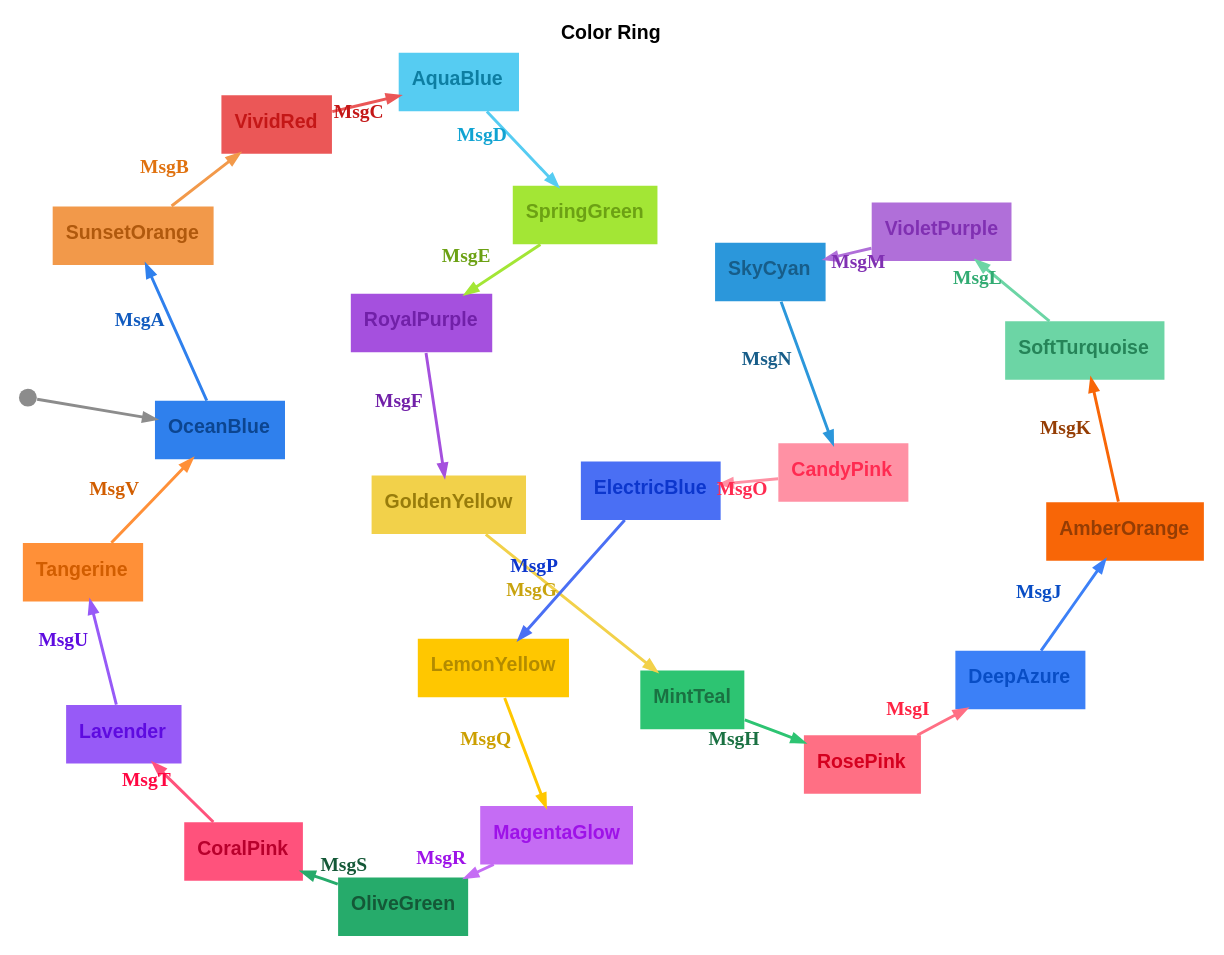
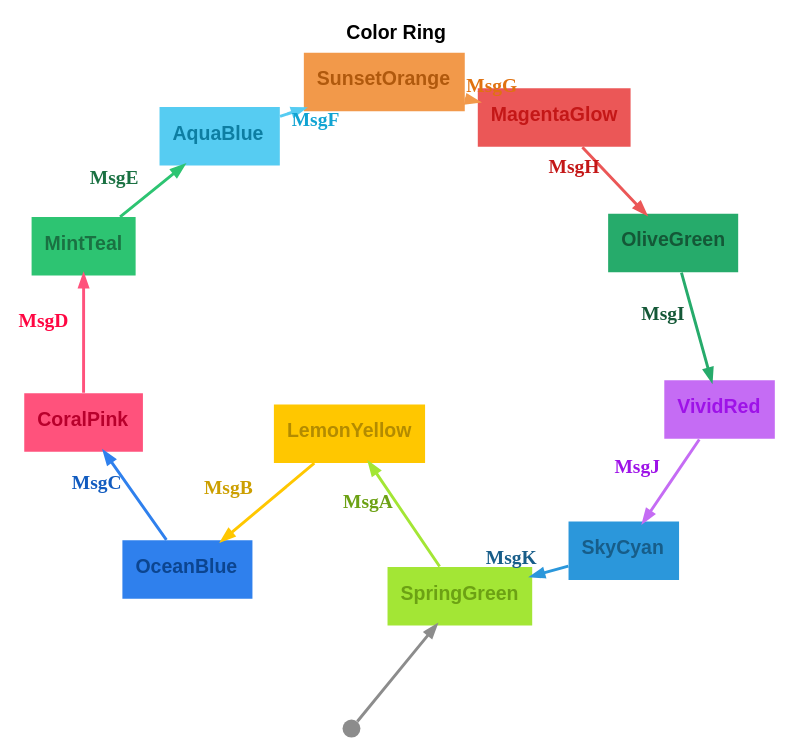
One commit to m-bock/purescript-transit changed the diagram in graphs/color-ring.dot. Above: the diagram before and after it, drawn with Graphviz. The commit also changed 17 other files, not shown here.

```diff
--- a/graphs/color-ring.dot
+++ b/graphs/color-ring.dot
@@ -1,51 +1,29 @@
 digraph 
 {
 rankdir = "TD";fontname = "Arial";label = <<b>Color Ring</b>>;labelloc = "t";fontsize = 12;bgcolor = "#ffffff"
 graph [layout=sfdp;overlap=false, K=2.5, repulsiveforce=4, splines=true];
+SpringGreen [shape = "box", label = <<b>SpringGreen</b>>, fontsize = 12, style = "filled", fillcolor = "#a3e635", fontcolor = "#6ca114", fontname = "Arial", labelloc = "c", penwidth = 0.0]
+__Start__ [shape = "circle", label = "", width = 0.15, height = 0.15, fixedsize = true, style = "filled", fillcolor = "#8c8c8c", penwidth = 0.0]
+__Start__ -> SpringGreen [color = "#8c8c8c", fontsize = 12, arrowsize = "0.7", penwidth = 1.8]
+SpringGreen -> LemonYellow [color = "#a3e635", fontcolor = "#6ca114", fontsize = 12, arrowsize = "0.7", label = <<b>MsgA</b>>, penwidth = 1.8]
+LemonYellow [shape = "box", label = <<b>LemonYellow</b>>, fontsize = 12, style = "filled", fillcolor = "#ffc700", fontcolor = "#b38b00", fontname = "Arial", labelloc = "c", penwidth = 0.0]
+LemonYellow -> OceanBlue [color = "#ffc700", fontcolor = "#cc9f00", fontsize = 12, arrowsize = "0.7", label = <<b>MsgB</b>>, penwidth = 1.8]
 OceanBlue [shape = "box", label = <<b>OceanBlue</b>>, fontsize = 12, style = "filled", fillcolor = "#2f80ed", fontcolor = "#0c4590", fontname = "Arial", labelloc = "c", penwidth = 0.0]
-__Start__ [shape = "circle", label = "", width = 0.15, height = 0.15, fixedsize = true, style = "filled", fillcolor = "#8c8c8c", penwidth = 0.0]
-__Start__ -> OceanBlue [color = "#8c8c8c", fontsize = 12, arrowsize = "0.7", penwidth = 1.8]
-OceanBlue -> SunsetOrange [color = "#2f80ed", fontcolor = "#115bbf", fontsize = 12, arrowsize = "0.7", label = <<b>MsgA</b>>, penwidth = 1.8]
+OceanBlue -> CoralPink [color = "#2f80ed", fontcolor = "#115bbf", fontsize = 12, arrowsize = "0.7", label = <<b>MsgC</b>>, penwidth = 1.8]
+CoralPink [shape = "box", label = <<b>CoralPink</b>>, fontsize = 12, style = "filled", fillcolor = "#ff527c", fontcolor = "#b8002c", fontname = "Arial", labelloc = "c", penwidth = 0.0]
+CoralPink -> MintTeal [color = "#ff527c", fontcolor = "#ff0642", fontsize = 12, arrowsize = "0.7", label = <<b>MsgD</b>>, penwidth = 1.8]
+MintTeal [shape = "box", label = <<b>MintTeal</b>>, fontsize = 12, style = "filled", fillcolor = "#2dc472", fontcolor = "#1a7142", fontname = "Arial", labelloc = "c", penwidth = 0.0]
+MintTeal -> AquaBlue [color = "#2dc472", fontcolor = "#1a7142", fontsize = 12, arrowsize = "0.7", label = <<b>MsgE</b>>, penwidth = 1.8]
+AquaBlue [shape = "box", label = <<b>AquaBlue</b>>, fontsize = 12, style = "filled", fillcolor = "#56ccf2", fontcolor = "#0d7ea2", fontname = "Arial", labelloc = "c", penwidth = 0.0]
+AquaBlue -> SunsetOrange [color = "#56ccf2", fontcolor = "#10a3d2", fontsize = 12, arrowsize = "0.7", label = <<b>MsgF</b>>, penwidth = 1.8]
 SunsetOrange [shape = "box", label = <<b>SunsetOrange</b>>, fontsize = 12, style = "filled", fillcolor = "#f2994a", fontcolor = "#b0590d", fontname = "Arial", labelloc = "c", penwidth = 0.0]
-SunsetOrange -> VividRed [color = "#f2994a", fontcolor = "#e07210", fontsize = 12, arrowsize = "0.7", label = <<b>MsgB</b>>, penwidth = 1.8]
-VividRed [shape = "box", label = <<b>VividRed</b>>, fontsize = 12, style = "filled", fillcolor = "#eb5757", fontcolor = "#c41717", fontname = "Arial", labelloc = "c", penwidth = 0.0]
-VividRed -> AquaBlue [color = "#eb5757", fontcolor = "#c41717", fontsize = 12, arrowsize = "0.7", label = <<b>MsgC</b>>, penwidth = 1.8]
-AquaBlue [shape = "box", label = <<b>AquaBlue</b>>, fontsize = 12, style = "filled", fillcolor = "#56ccf2", fontcolor = "#0d7ea2", fontname = "Arial", labelloc = "c", penwidth = 0.0]
-AquaBlue -> SpringGreen [color = "#56ccf2", fontcolor = "#10a3d2", fontsize = 12, arrowsize = "0.7", label = <<b>MsgD</b>>, penwidth = 1.8]
-SpringGreen [shape = "box", label = <<b>SpringGreen</b>>, fontsize = 12, style = "filled", fillcolor = "#a3e635", fontcolor = "#6ca114", fontname = "Arial", labelloc = "c", penwidth = 0.0]
-SpringGreen -> RoyalPurple [color = "#a3e635", fontcolor = "#6ca114", fontsize = 12, arrowsize = "0.7", label = <<b>MsgE</b>>, penwidth = 1.8]
-RoyalPurple [shape = "box", label = <<b>RoyalPurple</b>>, fontsize = 12, style = "filled", fillcolor = "#a550de", fontcolor = "#7120a8", fontname = "Arial", labelloc = "c", penwidth = 0.0]
-RoyalPurple -> GoldenYellow [color = "#a550de", fontcolor = "#7120a8", fontsize = 12, arrowsize = "0.7", label = <<b>MsgF</b>>, penwidth = 1.8]
-GoldenYellow [shape = "box", label = <<b>GoldenYellow</b>>, fontsize = 12, style = "filled", fillcolor = "#f2d14a", fontcolor = "#987c0b", fontname = "Arial", labelloc = "c", penwidth = 0.0]
-GoldenYellow -> MintTeal [color = "#f2d14a", fontcolor = "#c8a30e", fontsize = 12, arrowsize = "0.7", label = <<b>MsgG</b>>, penwidth = 1.8]
-MintTeal [shape = "box", label = <<b>MintTeal</b>>, fontsize = 12, style = "filled", fillcolor = "#2dc472", fontcolor = "#1a7142", fontname = "Arial", labelloc = "c", penwidth = 0.0]
-MintTeal -> RosePink [color = "#2dc472", fontcolor = "#1a7142", fontsize = 12, arrowsize = "0.7", label = <<b>MsgH</b>>, penwidth = 1.8]
-RosePink [shape = "box", label = <<b>RosePink</b>>, fontsize = 12, style = "filled", fillcolor = "#ff6f84", fontcolor = "#d5001f", fontname = "Arial", labelloc = "c", penwidth = 0.0]
-RosePink -> DeepAzure [color = "#ff6f84", fontcolor = "#ff2343", fontsize = 12, arrowsize = "0.7", label = <<b>MsgI</b>>, penwidth = 1.8]
-DeepAzure [shape = "box", label = <<b>DeepAzure</b>>, fontsize = 12, style = "filled", fillcolor = "#3c80f7", fontcolor = "#084dc5", fontname = "Arial", labelloc = "c", penwidth = 0.0]
-DeepAzure -> AmberOrange [color = "#3c80f7", fontcolor = "#084dc5", fontsize = 12, arrowsize = "0.7", label = <<b>MsgJ</b>>, penwidth = 1.8]
-AmberOrange [shape = "box", label = <<b>AmberOrange</b>>, fontsize = 12, style = "filled", fillcolor = "#f86607", fontcolor = "#953d04", fontname = "Arial", labelloc = "c", penwidth = 0.0]
-AmberOrange -> SoftTurquoise [color = "#f86607", fontcolor = "#953d04", fontsize = 12, arrowsize = "0.7", label = <<b>MsgK</b>>, penwidth = 1.8]
-SoftTurquoise [shape = "box", label = <<b>SoftTurquoise</b>>, fontsize = 12, style = "filled", fillcolor = "#6cd5a5", fontcolor = "#258458", fontname = "Arial", labelloc = "c", penwidth = 0.0]
-SoftTurquoise -> VioletPurple [color = "#6cd5a5", fontcolor = "#31ab72", fontsize = 12, arrowsize = "0.7", label = <<b>MsgL</b>>, penwidth = 1.8]
-VioletPurple [shape = "box", label = <<b>VioletPurple</b>>, fontsize = 12, style = "filled", fillcolor = "#b06fd9", fontcolor = "#8030b2", fontname = "Arial", labelloc = "c", penwidth = 0.0]
-VioletPurple -> SkyCyan [color = "#b06fd9", fontcolor = "#8030b2", fontsize = 12, arrowsize = "0.7", label = <<b>MsgM</b>>, penwidth = 1.8]
+SunsetOrange -> MagentaGlow [color = "#f2994a", fontcolor = "#e07210", fontsize = 12, arrowsize = "0.7", label = <<b>MsgG</b>>, penwidth = 1.8]
+MagentaGlow [shape = "box", label = <<b>MagentaGlow</b>>, fontsize = 12, style = "filled", fillcolor = "#eb5757", fontcolor = "#c41717", fontname = "Arial", labelloc = "c", penwidth = 0.0]
+MagentaGlow -> OliveGreen [color = "#eb5757", fontcolor = "#c41717", fontsize = 12, arrowsize = "0.7", label = <<b>MsgH</b>>, penwidth = 1.8]
+OliveGreen [shape = "box", label = <<b>OliveGreen</b>>, fontsize = 12, style = "filled", fillcolor = "#26ab6b", fontcolor = "#145837", fontname = "Arial", labelloc = "c", penwidth = 0.0]
+OliveGreen -> VividRed [color = "#26ab6b", fontcolor = "#145837", fontsize = 12, arrowsize = "0.7", label = <<b>MsgI</b>>, penwidth = 1.8]
+VividRed [shape = "box", label = <<b>VividRed</b>>, fontsize = 12, style = "filled", fillcolor = "#c56cf4", fontcolor = "#9e12e8", fontname = "Arial", labelloc = "c", penwidth = 0.0]
+VividRed -> SkyCyan [color = "#c56cf4", fontcolor = "#9e12e8", fontsize = 12, arrowsize = "0.7", label = <<b>MsgJ</b>>, penwidth = 1.8]
 SkyCyan [shape = "box", label = <<b>SkyCyan</b>>, fontsize = 12, style = "filled", fillcolor = "#2b97db", fontcolor = "#175d89", fontname = "Arial", labelloc = "c", penwidth = 0.0]
-SkyCyan -> CandyPink [color = "#2b97db", fontcolor = "#175d89", fontsize = 12, arrowsize = "0.7", label = <<b>MsgN</b>>, penwidth = 1.8]
-CandyPink [shape = "box", label = <<b>CandyPink</b>>, fontsize = 12, style = "filled", fillcolor = "#ff91a4", fontcolor = "#ff2b51", fontname = "Arial", labelloc = "c", penwidth = 0.0]
-CandyPink -> ElectricBlue [color = "#ff91a4", fontcolor = "#ff2b51", fontsize = 12, arrowsize = "0.7", label = <<b>MsgO</b>>, penwidth = 1.8]
-ElectricBlue [shape = "box", label = <<b>ElectricBlue</b>>, fontsize = 12, style = "filled", fillcolor = "#4a6ff4", fontcolor = "#0c36cd", fontname = "Arial", labelloc = "c", penwidth = 0.0]
-ElectricBlue -> LemonYellow [color = "#4a6ff4", fontcolor = "#0c36cd", fontsize = 12, arrowsize = "0.7", label = <<b>MsgP</b>>, penwidth = 1.8]
-LemonYellow [shape = "box", label = <<b>LemonYellow</b>>, fontsize = 12, style = "filled", fillcolor = "#ffc700", fontcolor = "#b38b00", fontname = "Arial", labelloc = "c", penwidth = 0.0]
-LemonYellow -> MagentaGlow [color = "#ffc700", fontcolor = "#cc9f00", fontsize = 12, arrowsize = "0.7", label = <<b>MsgQ</b>>, penwidth = 1.8]
-MagentaGlow [shape = "box", label = <<b>MagentaGlow</b>>, fontsize = 12, style = "filled", fillcolor = "#c56cf4", fontcolor = "#9e12e8", fontname = "Arial", labelloc = "c", penwidth = 0.0]
-MagentaGlow -> OliveGreen [color = "#c56cf4", fontcolor = "#9e12e8", fontsize = 12, arrowsize = "0.7", label = <<b>MsgR</b>>, penwidth = 1.8]
-OliveGreen [shape = "box", label = <<b>OliveGreen</b>>, fontsize = 12, style = "filled", fillcolor = "#26ab6b", fontcolor = "#145837", fontname = "Arial", labelloc = "c", penwidth = 0.0]
-OliveGreen -> CoralPink [color = "#26ab6b", fontcolor = "#145837", fontsize = 12, arrowsize = "0.7", label = <<b>MsgS</b>>, penwidth = 1.8]
-CoralPink [shape = "box", label = <<b>CoralPink</b>>, fontsize = 12, style = "filled", fillcolor = "#ff527c", fontcolor = "#b8002c", fontname = "Arial", labelloc = "c", penwidth = 0.0]
-CoralPink -> Lavender [color = "#ff527c", fontcolor = "#ff0642", fontsize = 12, arrowsize = "0.7", label = <<b>MsgT</b>>, penwidth = 1.8]
-Lavender [shape = "box", label = <<b>Lavender</b>>, fontsize = 12, style = "filled", fillcolor = "#975af7", fontcolor = "#5e0be0", fontname = "Arial", labelloc = "c", penwidth = 0.0]
-Lavender -> Tangerine [color = "#975af7", fontcolor = "#5e0be0", fontsize = 12, arrowsize = "0.7", label = <<b>MsgU</b>>, penwidth = 1.8]
-Tangerine [shape = "box", label = <<b>Tangerine</b>>, fontsize = 12, style = "filled", fillcolor = "#ff9038", fontcolor = "#d15d00", fontname = "Arial", labelloc = "c", penwidth = 0.0]
-Tangerine -> OceanBlue [color = "#ff9038", fontcolor = "#d15d00", fontsize = 12, arrowsize = "0.7", label = <<b>MsgV</b>>, penwidth = 1.8]
+SkyCyan -> SpringGreen [color = "#2b97db", fontcolor = "#175d89", fontsize = 12, arrowsize = "0.7", label = <<b>MsgK</b>>, penwidth = 1.8]
 }
```
